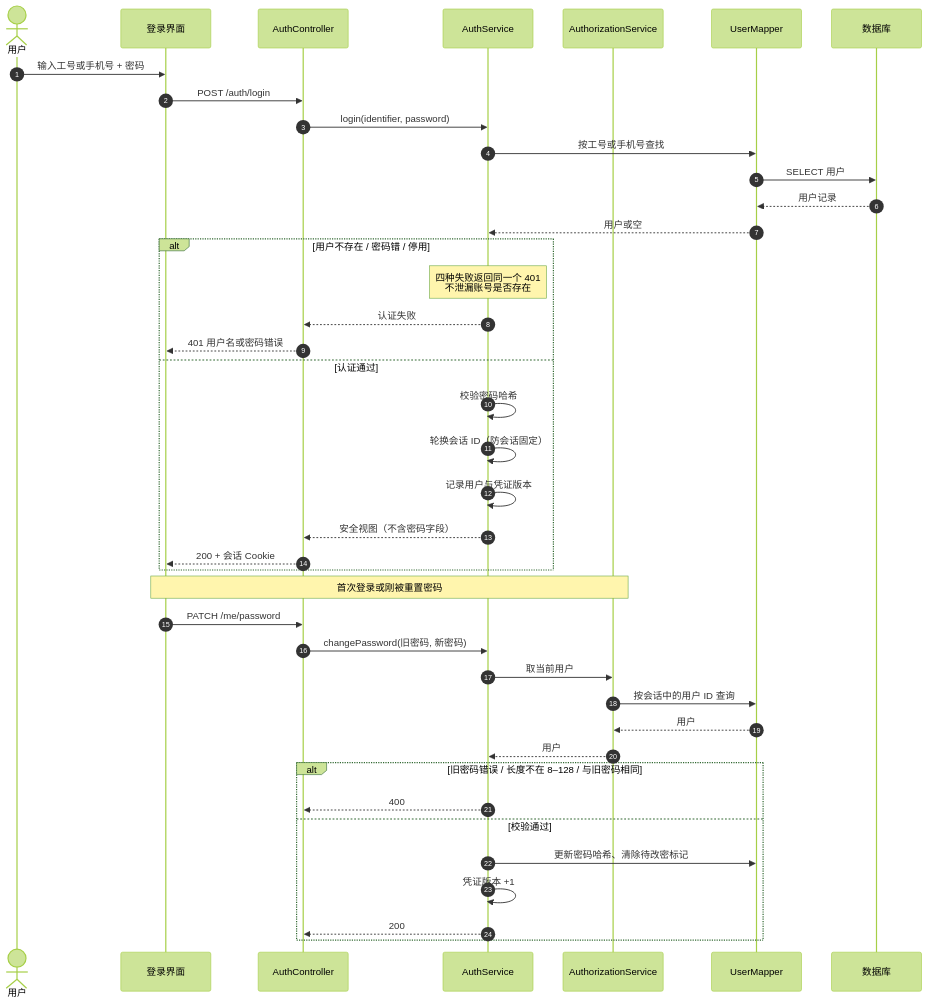
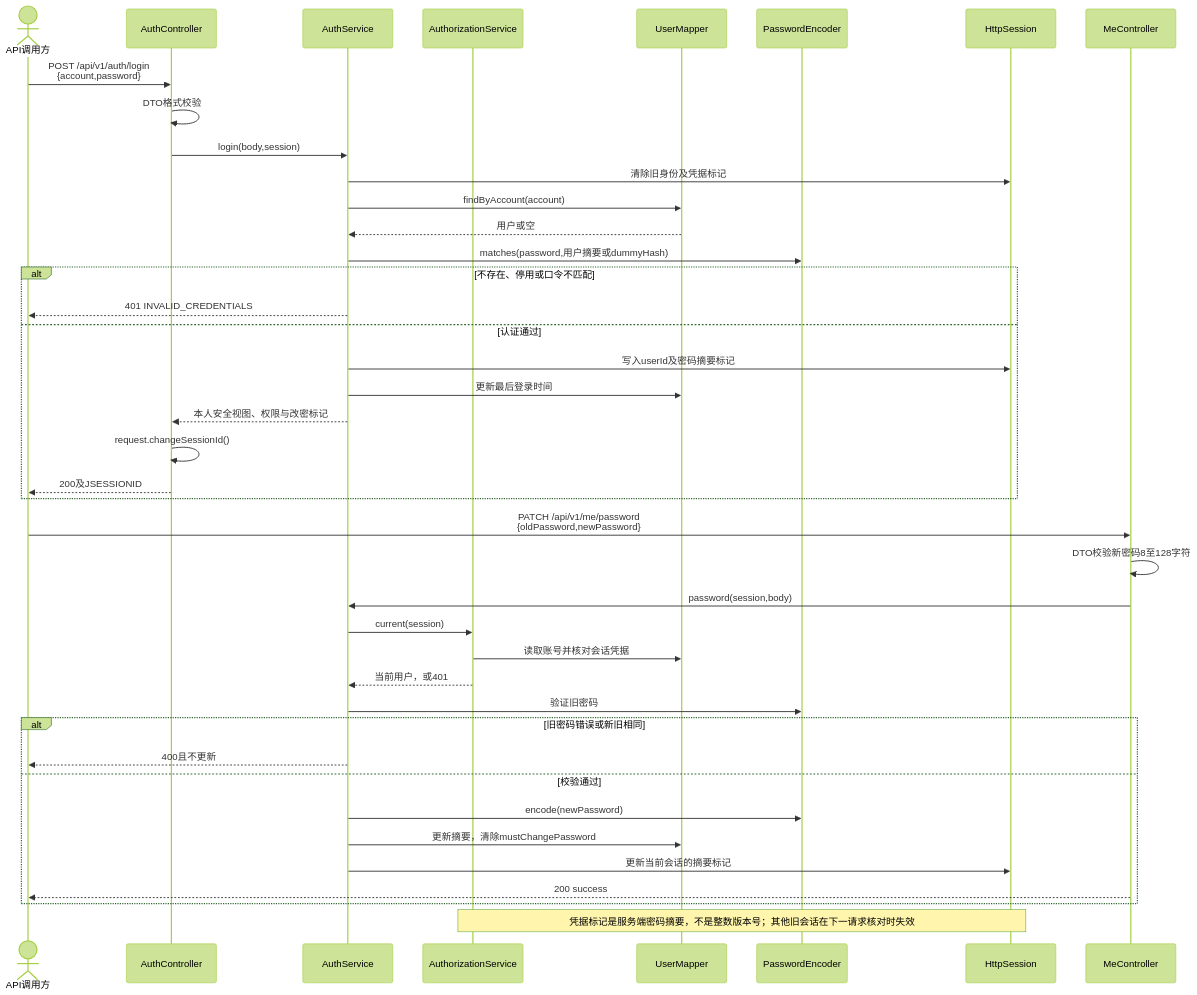
Before and after one commit to wenjiu-leng66/OO-d: the first of 6 diagrams in docs/uml/sequence-diagrams.md, drawn with Mermaid (forest theme). The commit also changed other lines of this file and 41 other files, not shown here.

````diff
--- a/docs/uml/sequence-diagrams.md
+++ b/docs/uml/sequence-diagrams.md
@@ -9,48 +7,43 @@
 ```mermaid
 sequenceDiagram
-  autonumber
-  actor U as 用户
-  participant B as 登录界面
+  actor U as API调用方
   participant C as AuthController
   participant S as AuthService
   participant A as AuthorizationService
   participant M as UserMapper
-  participant DB as 数据库
-
-  U->>B: 输入工号或手机号 + 密码
-  B->>C: POST /auth/login
-  C->>S: login(identifier, password)
-  S->>M: 按工号或手机号查找
-  M->>DB: SELECT 用户
-  DB-->>M: 用户记录
+  participant P as PasswordEncoder
+  participant H as HttpSession
+  participant MC as MeController
+  U->>C: POST /api/v1/auth/login<br/>{account,password}
+  C->>C: DTO格式校验
+  C->>S: login(body,session)
+  S->>H: 清除旧身份及凭据标记
+  S->>M: findByAccount(account)
   M-->>S: 用户或空
-
-  alt 用户不存在 / 密码错 / 停用
-    Note over S: 四种失败返回同一个 401<br/>不泄漏账号是否存在
-    S-->>C: 认证失败
-    C-->>B: 401 用户名或密码错误
+  S->>P: matches(password,用户摘要或dummyHash)
+  alt 不存在、停用或口令不匹配
+    S-->>U: 401 INVALID_CREDENTIALS
   else 认证通过
-    S->>S: 校验密码哈希
-    S->>S: 轮换会话 ID（防会话固定）
-    S->>S: 记录用户与凭证版本
-    S-->>C: 安全视图（不含密码字段）
-    C-->>B: 200 + 会话 Cookie
+    S->>H: 写入userId及密码摘要标记
+    S->>M: 更新最后登录时间
+    S-->>C: 本人安全视图、权限与改密标记
+    C->>C: request.changeSessionId()
+    C-->>U: 200及JSESSIONID
   end
-
-  Note over B,A: 首次登录或刚被重置密码
-
-  B->>C: PATCH /me/password
-  C->>S: changePassword(旧密码, 新密码)
-  S->>A: 取当前用户
-  A->>M: 按会话中的用户 ID 查询
-  M-->>A: 用户
-  A-->>S: 用户
-
-  alt 旧密码错误 / 长度不在 8–128 / 与旧密码相同
-    S-->>C: 400
+  U->>MC: PATCH /api/v1/me/password<br/>{oldPassword,newPassword}
+  MC->>MC: DTO校验新密码8至128字符
+  MC->>S: password(session,body)
+  S->>A: current(session)
+  A->>M: 读取账号并核对会话凭据
+  A-->>S: 当前用户，或401
+  S->>P: 验证旧密码
+  alt 旧密码错误或新旧相同
+    S-->>U: 400且不更新
   else 校验通过
-    S->>M: 更新密码哈希、清除待改密标记
-    S->>S: 凭证版本 +1
-    S-->>C: 200
+    S->>P: encode(newPassword)
+    S->>M: 更新摘要，清除mustChangePassword
+    S->>H: 更新当前会话的摘要标记
+    MC-->>U: 200 success
   end
+  Note over A,H: 凭据标记是服务端密码摘要，不是整数版本号；其他旧会话在下一请求核对时失效
 ```
````
